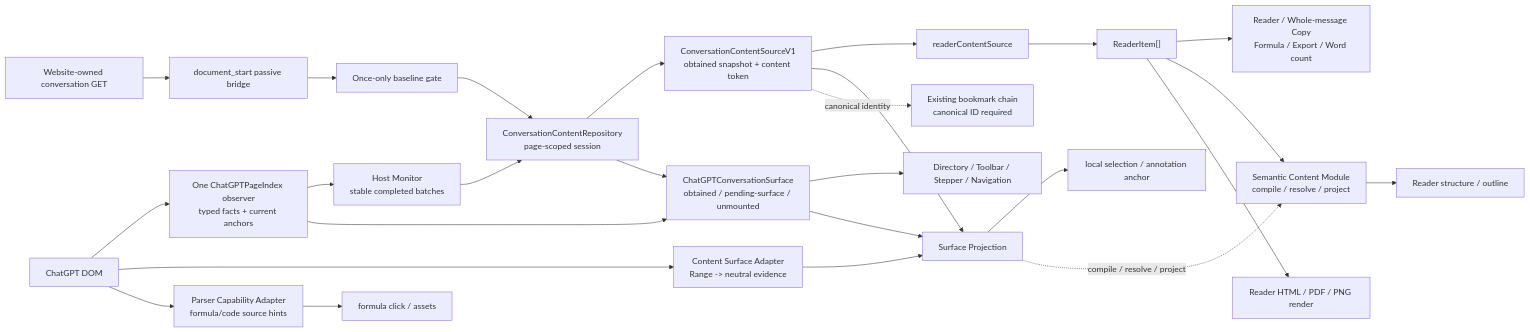
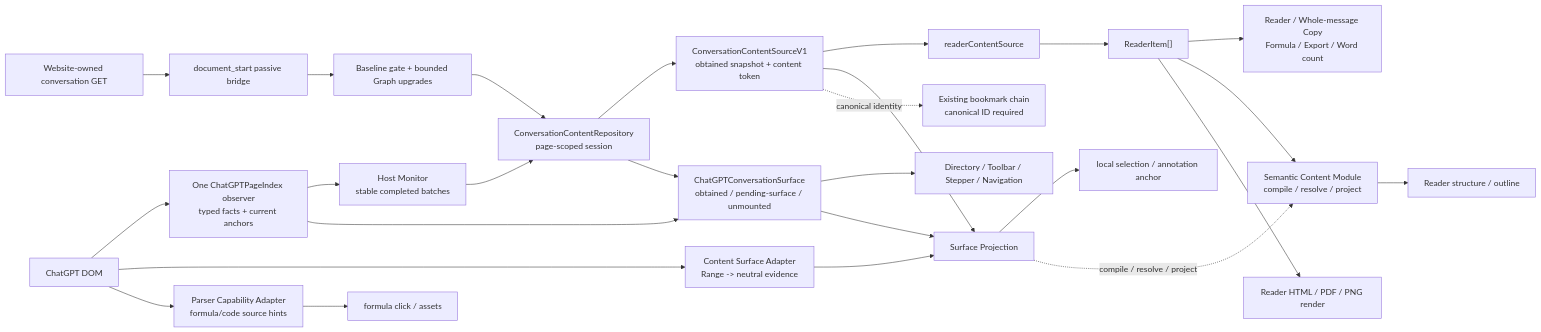
One commit to zhaoliangbin42/AI-MarkDone changed the diagram in docs/architecture/BLUEPRINT.md. Above: the diagram before and after it, drawn with Mermaid. The commit also changed other lines of this file and 96 other files, not shown here.

````diff
--- a/docs/architecture/BLUEPRINT.md
+++ b/docs/architecture/BLUEPRINT.md
@@ -103,42 +106,42 @@
 ```mermaid
 flowchart LR
     GET["Website-owned conversation GET"]
     Bridge["document_start passive bridge"]
-    Gate["Once-only baseline gate"]
+    Gate["Baseline gate + bounded Graph upgrades"]
     DOM["ChatGPT DOM"]
     PageIndex["One ChatGPTPageIndex observer<br/>typed facts + current anchors"]
     Monitor["Host Monitor<br/>stable completed batches"]
     Session["ConversationContentRepository<br/>page-scoped session"]
     ContentPort["ConversationContentSourceV1<br/>obtained snapshot + content token"]
     ConversationSurface["ChatGPTConversationSurface<br/>obtained / pending-surface / unmounted"]
     Semantic["Semantic Content Module<br/>compile / resolve / project"]
     ReaderSource["readerContentSource"]
     ReaderItems["ReaderItem[]"]
     Body["Reader / Whole-message Copy<br/>Formula / Export / Word count"]
     SurfaceConsumers["Directory / Toolbar / Stepper / Navigation"]
     Bookmark["Existing bookmark chain<br/>canonical ID required"]
     Structure["Reader structure / outline"]
     Render["Reader HTML / PDF / PNG render"]
 
     SurfaceAdapter["Content Surface Adapter<br/>Range -> neutral evidence"]
     SurfaceProjection["Surface Projection"]
     ParserAdapter["Parser Capability Adapter<br/>formula/code source hints"]
     Formula["formula click / assets"]
     Selection["local selection / annotation anchor"]
     GET --> Bridge --> Gate --> Session
     DOM --> PageIndex --> Monitor --> Session
     Session --> ContentPort
     Session --> ConversationSurface
     PageIndex --> ConversationSurface
     ConversationSurface --> SurfaceConsumers
     ContentPort --> ReaderSource --> ReaderItems
     ReaderItems --> Body
     ReaderItems --> Semantic --> Structure
     ReaderItems --> Render
     DOM --> SurfaceAdapter --> SurfaceProjection
     ConversationSurface --> SurfaceProjection
     ContentPort --> SurfaceProjection --> Selection
     SurfaceProjection -. "compile / resolve / project" .-> Semantic
     DOM --> ParserAdapter --> Formula
     ContentPort -. "canonical identity" .-> Bookmark
 ```
````
